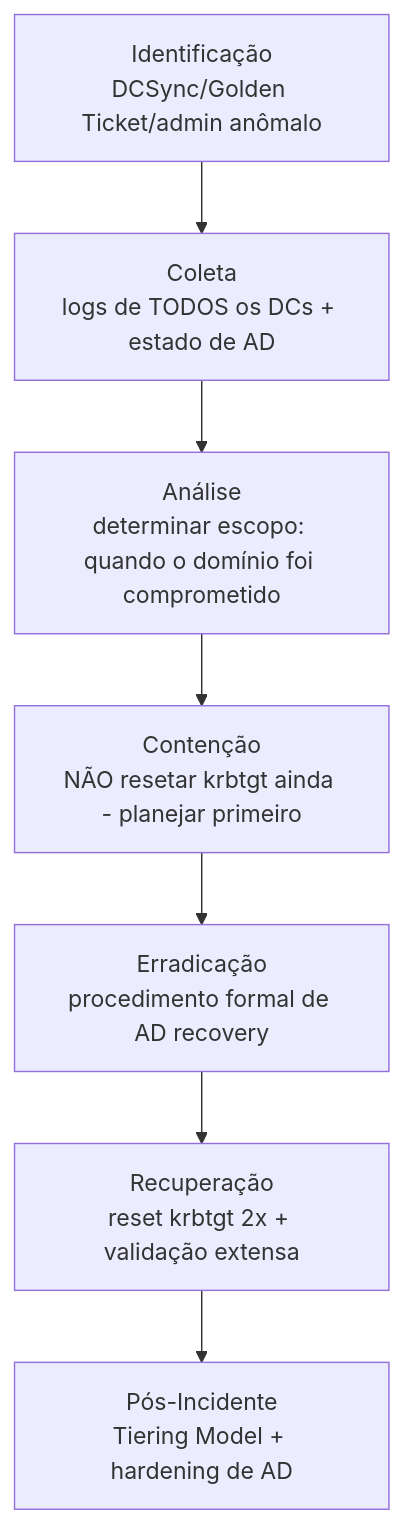
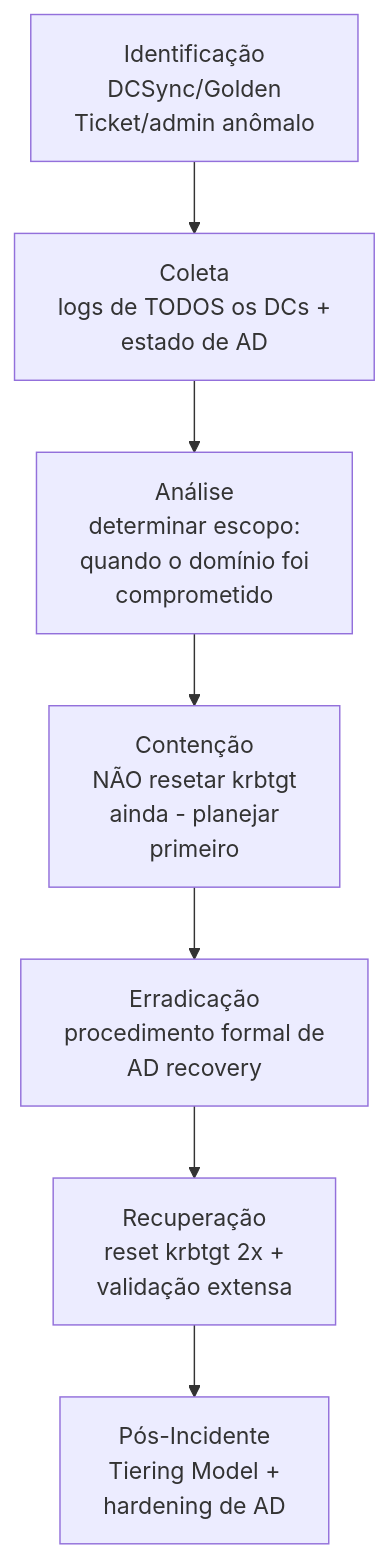
One commit to LuucasVerdun/Cyber-Attack-Analysis-Framework changed the diagram in Attack-Categories/Active-Directory/README.md. Above: the diagram before and after it, drawn with Mermaid. The commit also changed 28 other files, not shown here.

````diff
--- a/Attack-Categories/Active-Directory/README.md
+++ b/Attack-Categories/Active-Directory/README.md
@@ -45,9 +45,9 @@
 ```mermaid
 flowchart TD
-    A[Identificação<br/>DCSync/Golden Ticket/admin anômalo] --> B[Coleta<br/>logs de TODOS os DCs + estado de AD]
-    B --> C[Análise<br/>determinar escopo: quando o domínio foi comprometido]
-    C --> D[Contenção<br/>NÃO resetar krbtgt ainda - planejar primeiro]
-    D --> E[Erradicação<br/>procedimento formal de AD recovery]
-    E --> F[Recuperação<br/>reset krbtgt 2x + validação extensa]
-    F --> G[Pós-Incidente<br/>Tiering Model + hardening de AD]
+    A[Identificação<br/>DCSync/Golden<br/>Ticket/admin anômalo] --> B[Coleta<br/>logs de TODOS os DCs +<br/>estado de AD]
+    B --> C[Análise<br/>determinar escopo:<br/>quando o domínio foi<br/>comprometido]
+    C --> D[Contenção<br/>NÃO resetar krbtgt<br/>ainda - planejar<br/>primeiro]
+    D --> E[Erradicação<br/>procedimento formal de<br/>AD recovery]
+    E --> F[Recuperação<br/>reset krbtgt 2x +<br/>validação extensa]
+    F --> G[Pós-Incidente<br/>Tiering Model +<br/>hardening de AD]
 ```
````
